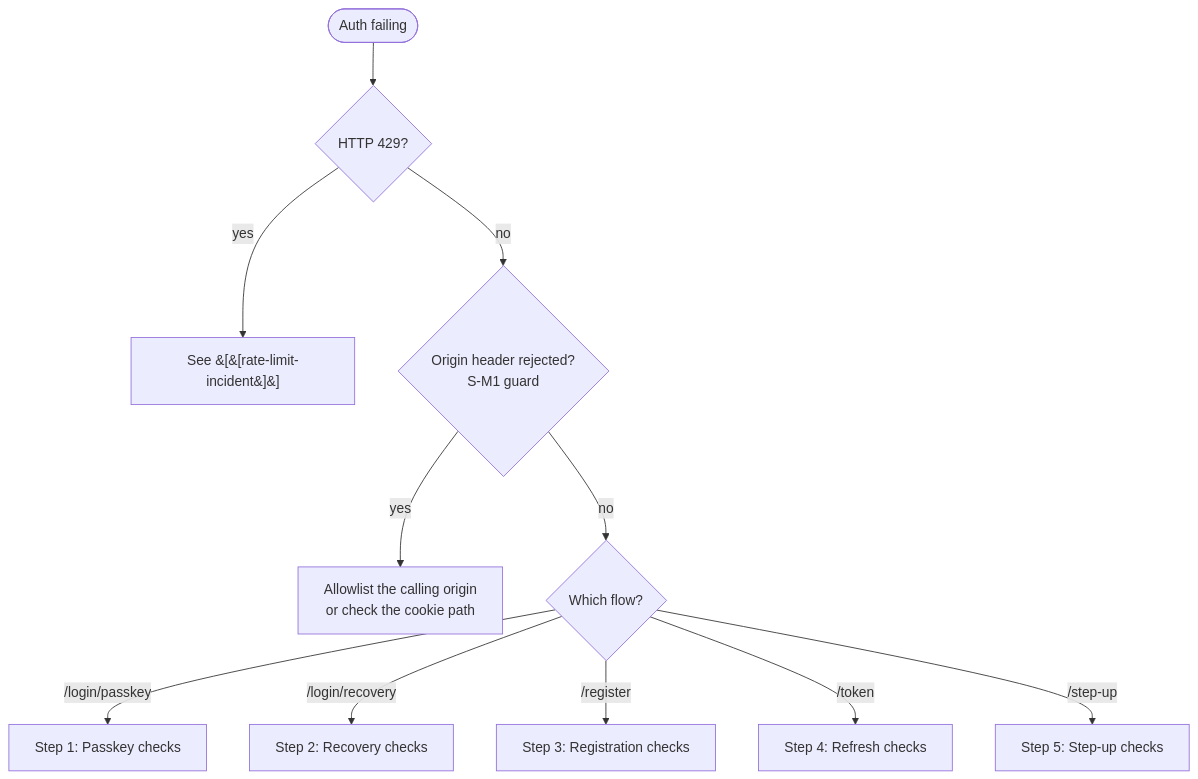
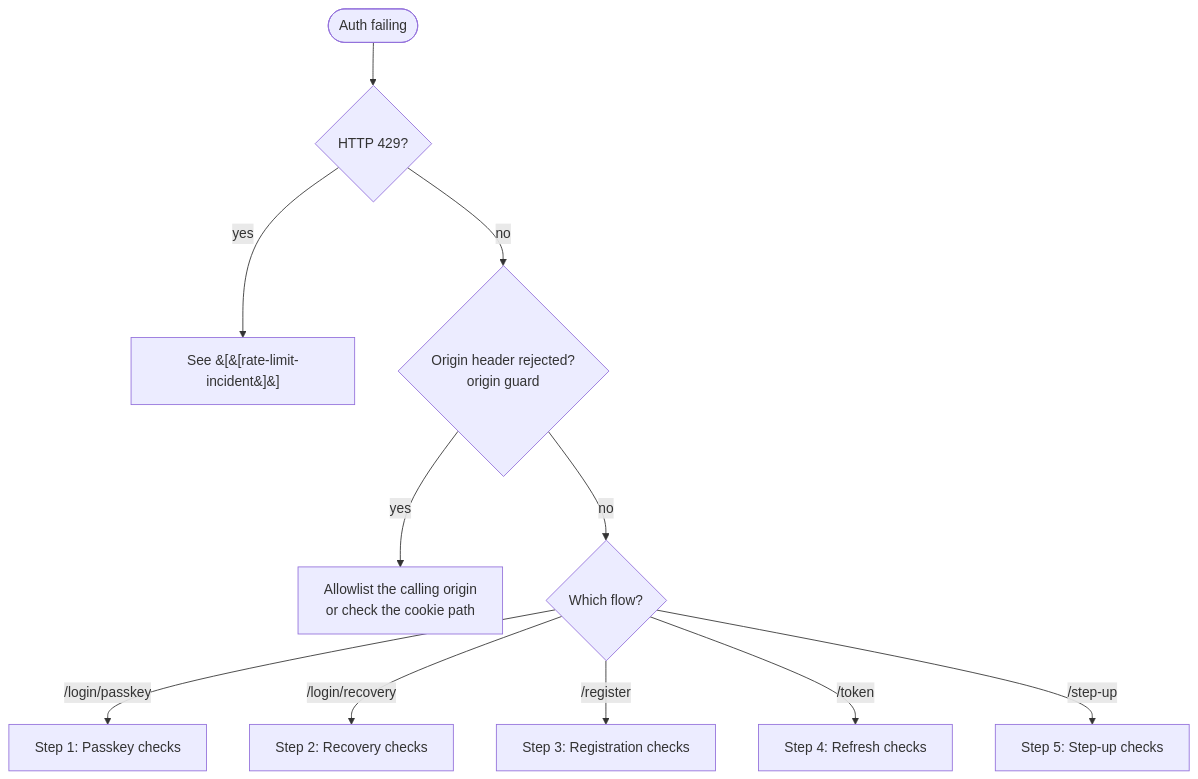
The diagram in wiki/osn/auth-failure.md (englishstreetventures/osn), drawn with Mermaid before and after one commit. The commit also changed other lines of this file and 62 other files, not shown here.

````diff
--- a/wiki/osn/auth-failure.md
+++ b/wiki/osn/auth-failure.md
@@ -40,13 +40,13 @@
 ```mermaid
 flowchart TD
   start([Auth failing]) --> rl{HTTP 429?}
   rl -- yes --> ratelimited[See &#91;&#91;rate-limit-incident&#93;&#93;]
-  rl -- no --> origin{Origin header rejected?<br/>S-M1 guard}
+  rl -- no --> origin{Origin header rejected?<br/>origin guard}
   origin -- yes --> originfix[Allowlist the calling origin<br/>or check the cookie path]
   origin -- no --> flow{Which flow?}
   flow -- "/login/passkey" --> passkey[Step 1: Passkey checks]
   flow -- "/login/recovery" --> recovery[Step 2: Recovery checks]
   flow -- "/register" --> register[Step 3: Registration checks]
   flow -- "/token" --> refresh[Step 4: Refresh checks]
   flow -- "/step-up" --> stepup[Step 5: Step-up checks]
 ```
````
